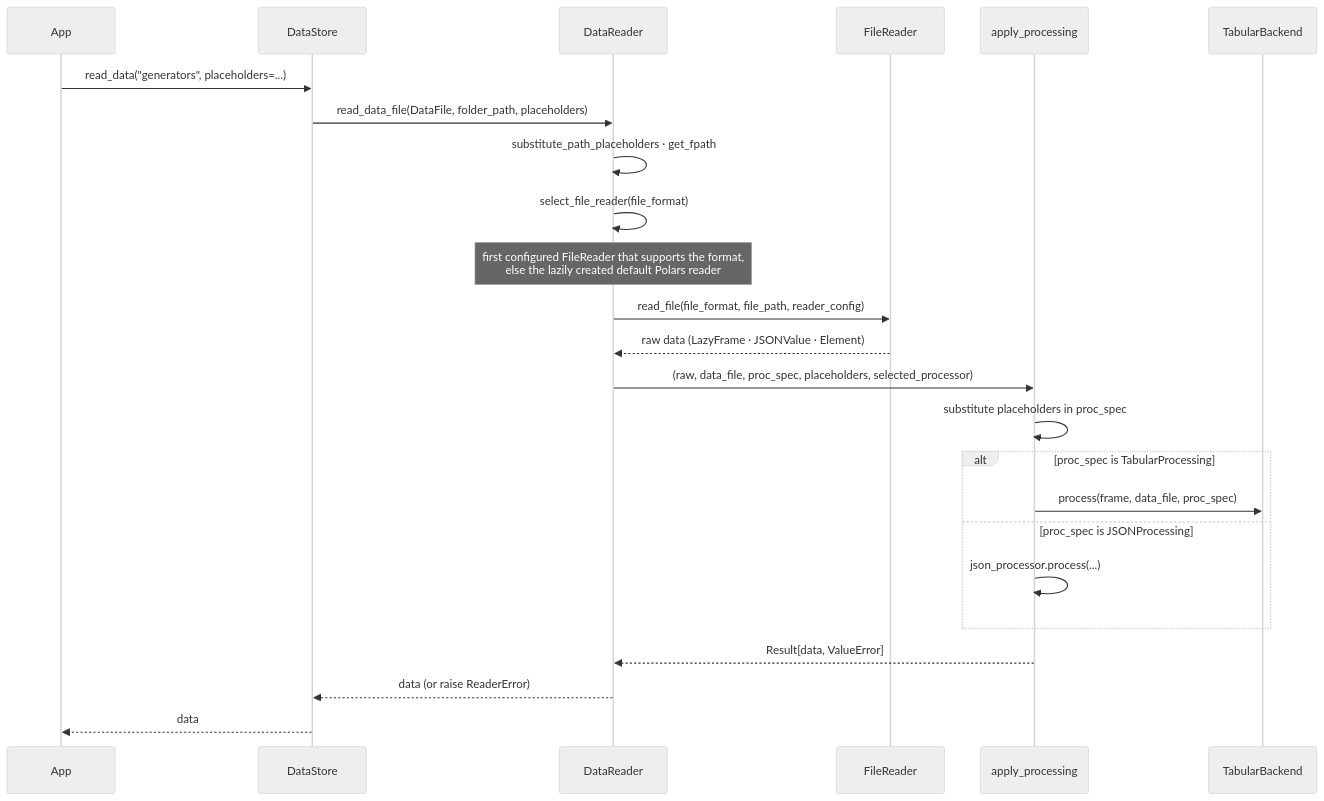
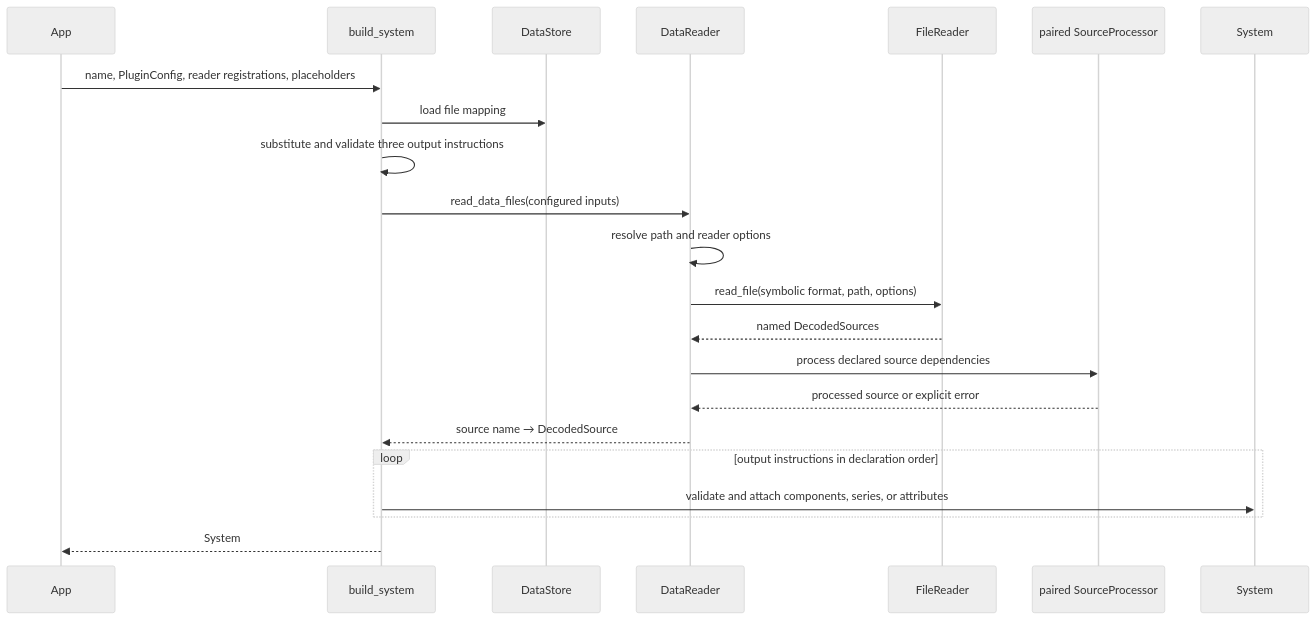
One commit to NatLabRockies/r2x-core changed the second of 3 diagrams in docs/src/content/docs/explanations/architecture.md. Above: the diagram before and after it, drawn with Mermaid (neutral theme). The commit also changed other lines of this file and 79 other files, not shown here.

````diff
--- a/docs/src/content/docs/explanations/architecture.md
+++ b/docs/src/content/docs/explanations/architecture.md
@@ -99,27 +55,25 @@
 ```mermaid
 sequenceDiagram
     participant App
-    participant DataStore
-    participant DataReader
+    participant Build as build_system
+    participant Store as DataStore
+    participant Reader as DataReader
     participant FileReader
-    participant apply_processing
-    participant TabularBackend
+    participant Source as paired SourceProcessor
+    participant System
 
-    App->>DataStore: read_data("generators", placeholders=...)
-    DataStore->>DataReader: read_data_file(DataFile, folder_path, placeholders)
-    DataReader->>DataReader: substitute_path_placeholders · get_fpath
-    DataReader->>DataReader: select_file_reader(file_format)
-    Note over DataReader: first configured FileReader that supports the format,<br/>else the lazily created default Polars reader
-    DataReader->>FileReader: read_file(file_format, file_path, reader_config)
-    FileReader-->>DataReader: raw data (LazyFrame · JSONValue · Element)
-    DataReader->>apply_processing: (raw, data_file, proc_spec, placeholders, selected_processor)
-    apply_processing->>apply_processing: substitute placeholders in proc_spec
-    alt proc_spec is TabularProcessing
-        apply_processing->>TabularBackend: process(frame, data_file, proc_spec)
-    else proc_spec is JSONProcessing
-        apply_processing->>apply_processing: json_processor.process(...)
+    App->>Build: name, PluginConfig, reader registrations, placeholders
+    Build->>Store: load file mapping
+    Build->>Build: substitute and validate three output instructions
+    Build->>Reader: read_data_files(configured inputs)
+    Reader->>Reader: resolve path and reader options
+    Reader->>FileReader: read_file(symbolic format, path, options)
+    FileReader-->>Reader: named DecodedSources
+    Reader->>Source: process declared source dependencies
+    Source-->>Reader: processed source or explicit error
+    Reader-->>Build: source name → DecodedSource
+    loop output instructions in declaration order
+        Build->>System: validate and attach components, series, or attributes
     end
-    apply_processing-->>DataReader: Result[data, ValueError]
-    DataReader-->>DataStore: data (or raise ReaderError)
-    DataStore-->>App: data
+    Build-->>App: System
 ```
````
